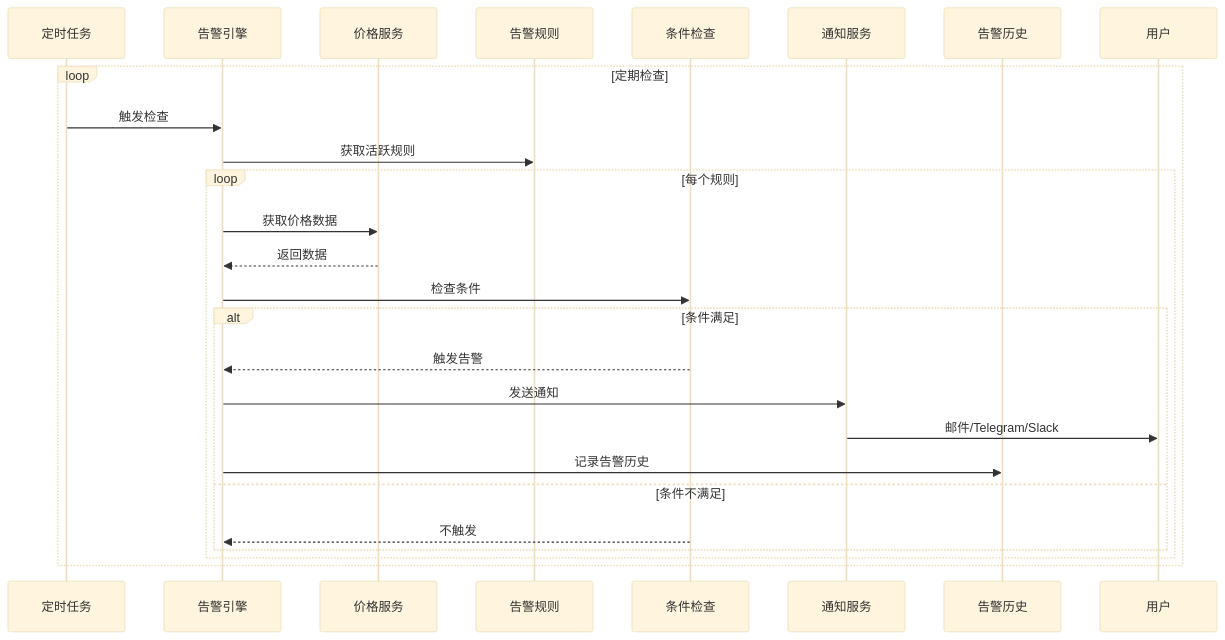
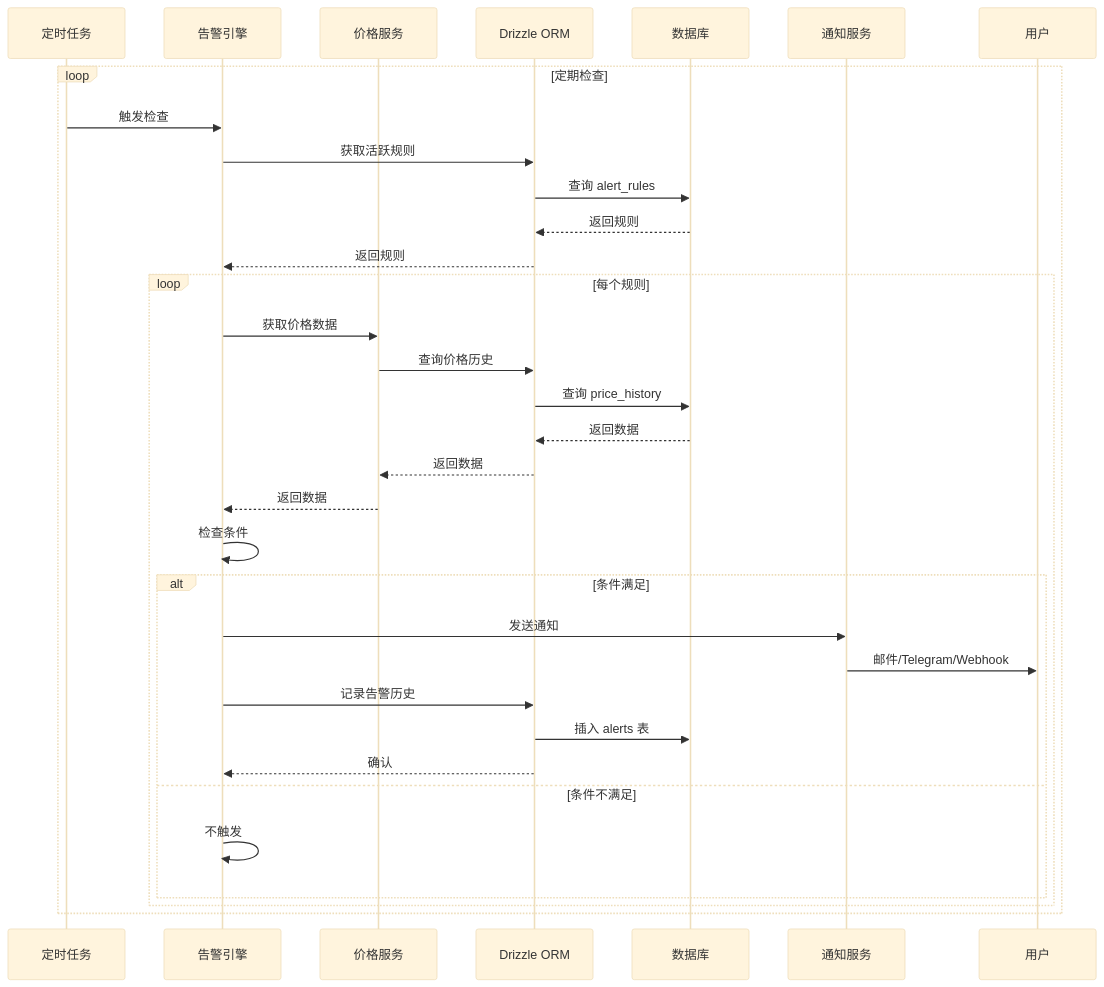
The third of 5 diagrams in docs/architecture/data-flow.md (imokokok/Insight-beta), drawn with Mermaid (base theme) before and after one commit. The commit also changed other lines of this file and 14 other files, not shown here.

````diff
--- a/docs/architecture/data-flow.md
+++ b/docs/architecture/data-flow.md
@@ -176,31 +182,38 @@
 ```mermaid
 sequenceDiagram
     participant Scheduler as 定时任务
     participant AlertEngine as 告警引擎
     participant PriceService as 价格服务
-    participant AlertRules as 告警规则
-    participant Condition as 条件检查
+    participant Drizzle as Drizzle ORM
+    participant DB as 数据库
     participant Notifier as 通知服务
-    participant AlertHistory as 告警历史
     participant User as 用户
 
     loop 定期检查
         Scheduler->>AlertEngine: 触发检查
-        AlertEngine->>AlertRules: 获取活跃规则
+        AlertEngine->>Drizzle: 获取活跃规则
+        Drizzle->>DB: 查询 alert_rules
+        DB-->>Drizzle: 返回规则
+        Drizzle-->>AlertEngine: 返回规则
 
         loop 每个规则
             AlertEngine->>PriceService: 获取价格数据
+            PriceService->>Drizzle: 查询价格历史
+            Drizzle->>DB: 查询 price_history
+            DB-->>Drizzle: 返回数据
+            Drizzle-->>PriceService: 返回数据
             PriceService-->>AlertEngine: 返回数据
 
-            AlertEngine->>Condition: 检查条件
+            AlertEngine->>AlertEngine: 检查条件
             alt 条件满足
-                Condition-->>AlertEngine: 触发告警
                 AlertEngine->>Notifier: 发送通知
-                Notifier->>User: 邮件/Telegram/Slack
-                AlertEngine->>AlertHistory: 记录告警历史
+                Notifier->>User: 邮件/Telegram/Webhook
+                AlertEngine->>Drizzle: 记录告警历史
+                Drizzle->>DB: 插入 alerts 表
+                Drizzle-->>AlertEngine: 确认
             else 条件不满足
-                Condition-->>AlertEngine: 不触发
+                AlertEngine->>AlertEngine: 不触发
             end
         end
     end
 ```
````
